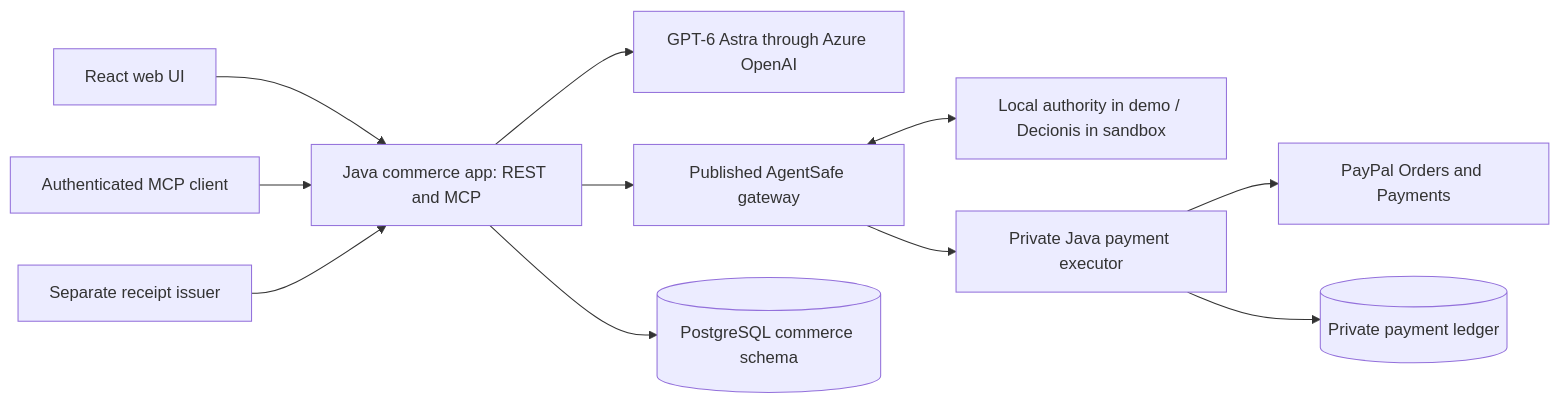
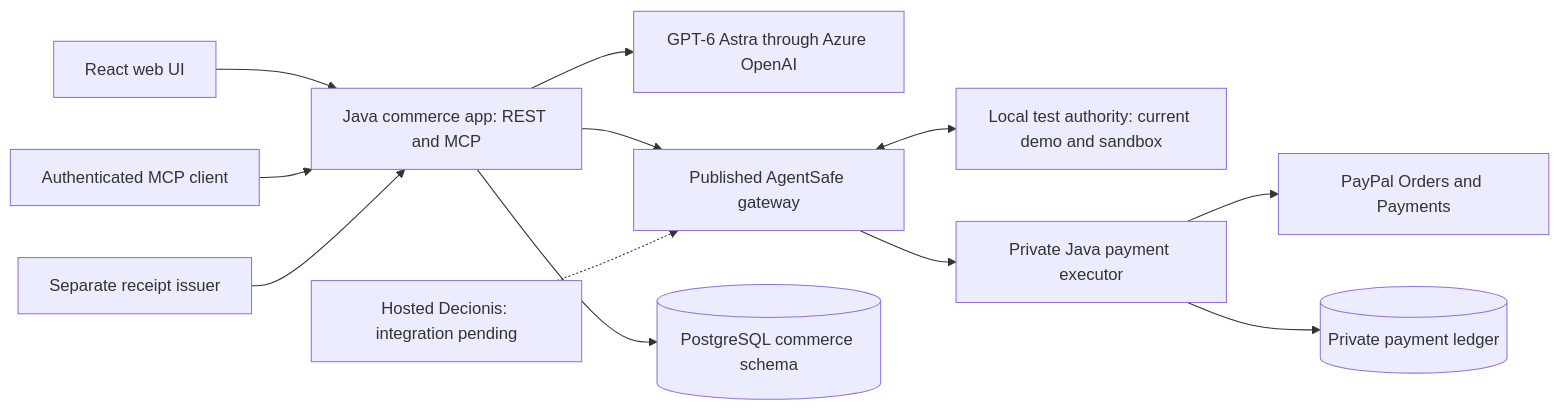
Before and after one commit to ocularminds/swarmpay: the diagram in README.md, drawn with Mermaid. The commit also changed other lines of this file and 49 other files, not shown here.

Commit message:
Prepare submission materials and current sandbox evidence (#41)

````diff
--- a/README.md
+++ b/README.md
@@ -65,13 +74,14 @@
 ```mermaid
 flowchart LR
     UI[React web UI] --> APP[Java commerce app: REST and MCP]
     MCP[Authenticated MCP client] --> APP
     APP --> LLM[GPT-6 Astra through Azure OpenAI]
     APP --> GATE[Published AgentSafe gateway]
-    GATE <--> AUTH[Local authority in demo / Decionis in sandbox]
+    GATE <--> AUTH[Local test authority: current demo and sandbox]
+    HOSTED[Hosted Decionis: integration pending] -.-> GATE
     GATE --> EXEC[Private Java payment executor]
     EXEC --> PP[PayPal Orders and Payments]
     VENUE[Separate receipt issuer] --> APP
     APP --> DB[(PostgreSQL commerce schema)]
     EXEC --> LEDGER[(Private payment ledger)]
 ```
````
